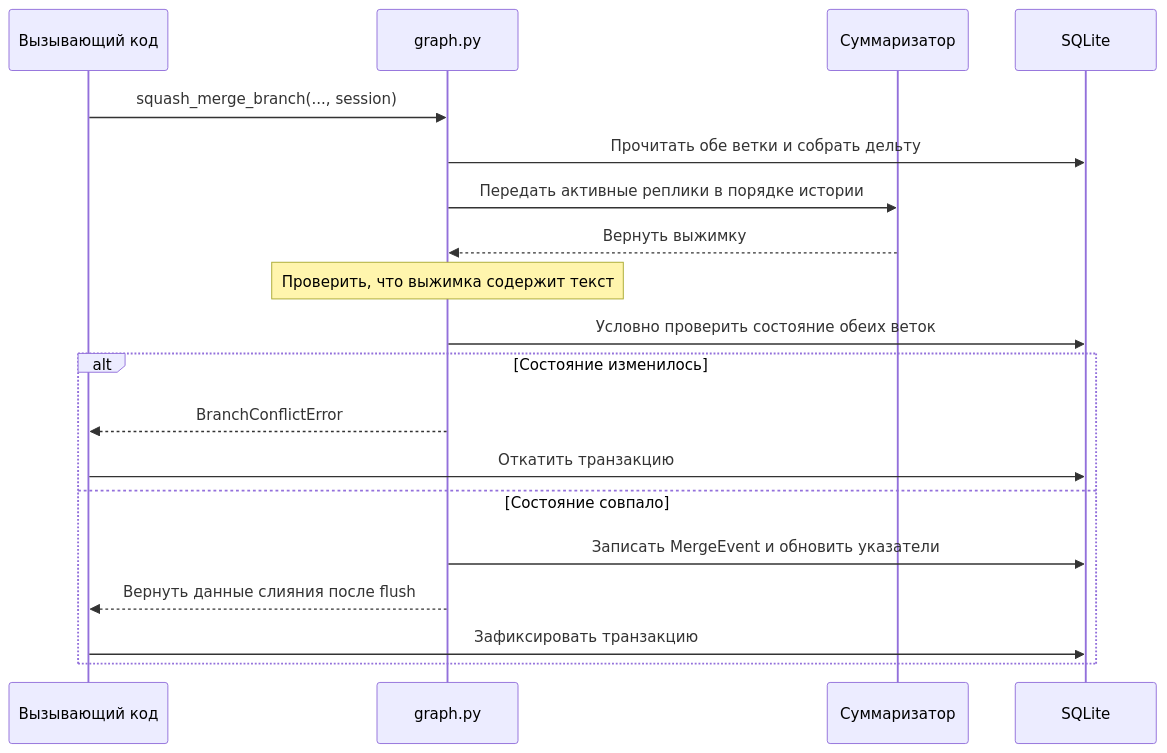
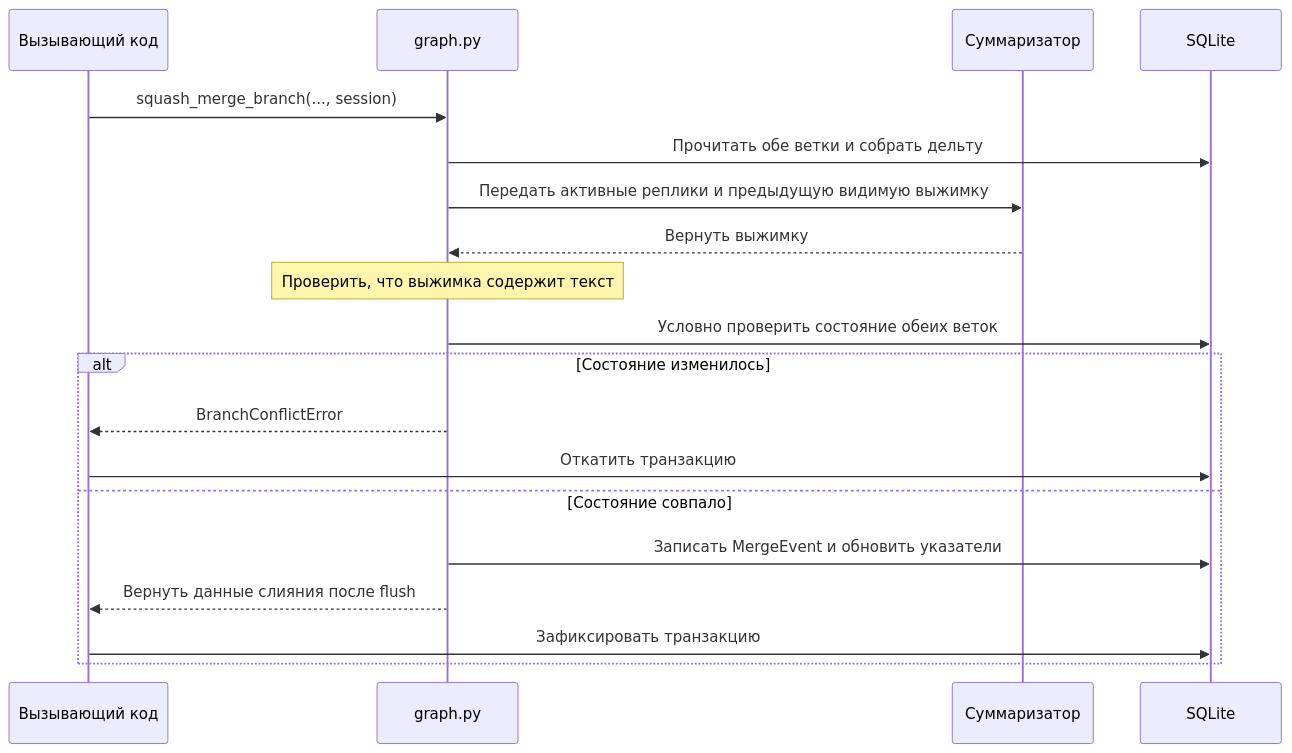
The third of 3 diagrams in docs/spec_crud_graph.md (Curr3ncyV01D/exocortex), drawn with Mermaid before and after one commit. The commit also changed other lines of this file and 3 other files, not shown here.

Commit message:
docs: update core architecture and FastAPI contracts

````diff
--- a/docs/spec_crud_graph.md
+++ b/docs/spec_crud_graph.md
@@ -81,22 +81,22 @@
 ```mermaid
 sequenceDiagram
     participant Caller as Вызывающий код
     participant Graph as graph.py
     participant Summarizer as Суммаризатор
     participant DB as SQLite
 
     Caller->>Graph: squash_merge_branch(..., session)
     Graph->>DB: Прочитать обе ветки и собрать дельту
-    Graph->>Summarizer: Передать активные реплики в порядке истории
+    Graph->>Summarizer: Передать активные реплики и предыдущую видимую выжимку
     Summarizer-->>Graph: Вернуть выжимку
     Note over Graph: Проверить, что выжимка содержит текст
     Graph->>DB: Условно проверить состояние обеих веток
     alt Состояние изменилось
         Graph-->>Caller: BranchConflictError
         Caller->>DB: Откатить транзакцию
     else Состояние совпало
         Graph->>DB: Записать MergeEvent и обновить указатели
         Graph-->>Caller: Вернуть данные слияния после flush
         Caller->>DB: Зафиксировать транзакцию
     end
 ```
````
